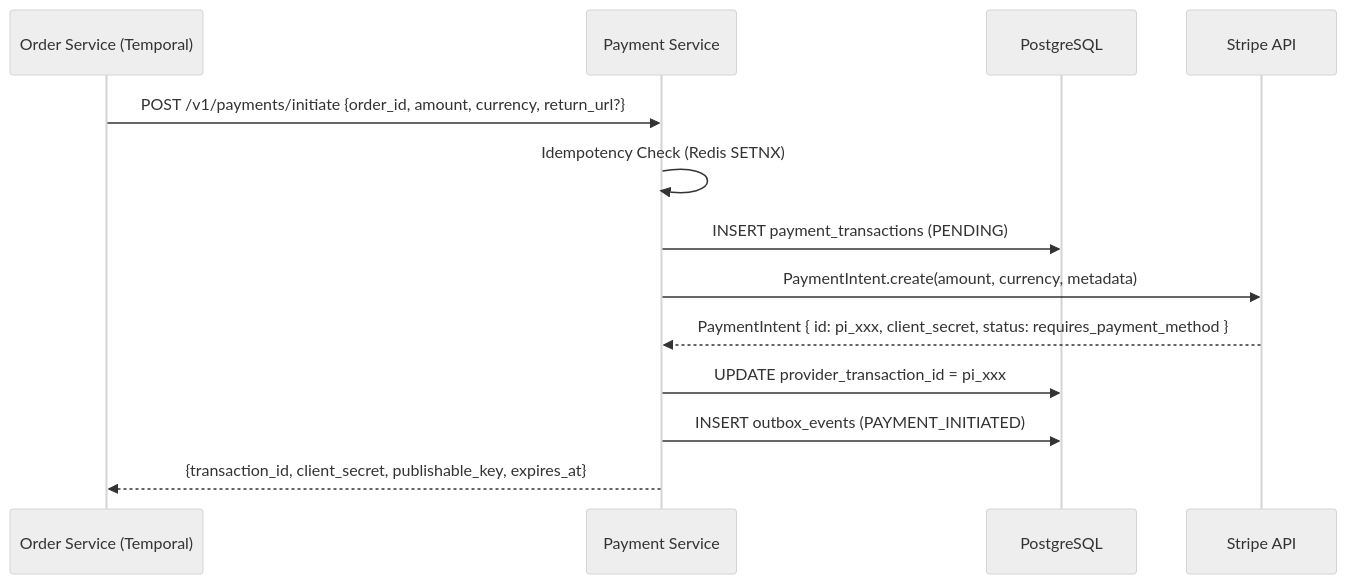
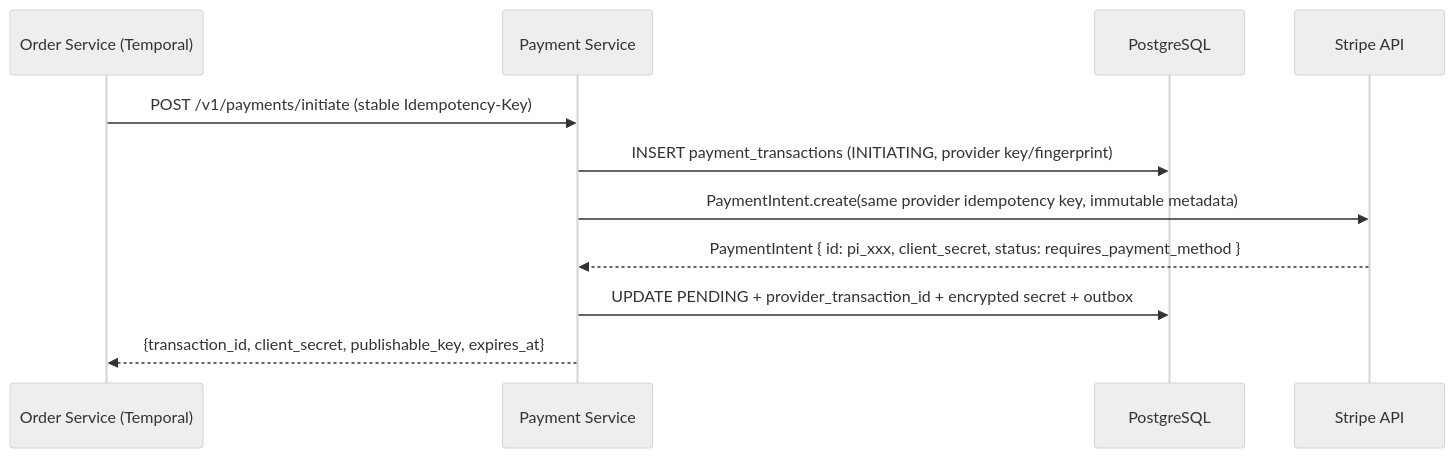
One commit to quangdung2110/e-commerce-microservices changed the first of 3 diagrams in docs/payment/workflows.md. Above: the diagram before and after it, drawn with Mermaid (neutral theme). The commit also changed other lines of this file and 9 other files, not shown here.

````diff
--- a/docs/payment/workflows.md
+++ b/docs/payment/workflows.md
@@ -40,16 +41,14 @@
 ```mermaid
 sequenceDiagram
     participant OS as Order Service (Temporal)
     participant PS as Payment Service
     participant DB as PostgreSQL
     participant ST as Stripe API
 
-    OS->>PS: POST /v1/payments/initiate {order_id, amount, currency, return_url?}
-    PS->>PS: Idempotency Check (Redis SETNX)
-    PS->>DB: INSERT payment_transactions (PENDING)
-    PS->>ST: PaymentIntent.create(amount, currency, metadata)
+    OS->>PS: POST /v1/payments/initiate (stable Idempotency-Key)
+    PS->>DB: INSERT payment_transactions (INITIATING, provider key/fingerprint)
+    PS->>ST: PaymentIntent.create(same provider idempotency key, immutable metadata)
     ST-->>PS: PaymentIntent { id: pi_xxx, client_secret, status: requires_payment_method }
-    PS->>DB: UPDATE provider_transaction_id = pi_xxx
-    PS->>DB: INSERT outbox_events (PAYMENT_INITIATED)
+    PS->>DB: UPDATE PENDING + provider_transaction_id + encrypted secret + outbox
     PS-->>OS: {transaction_id, client_secret, publishable_key, expires_at}
 ```
````
